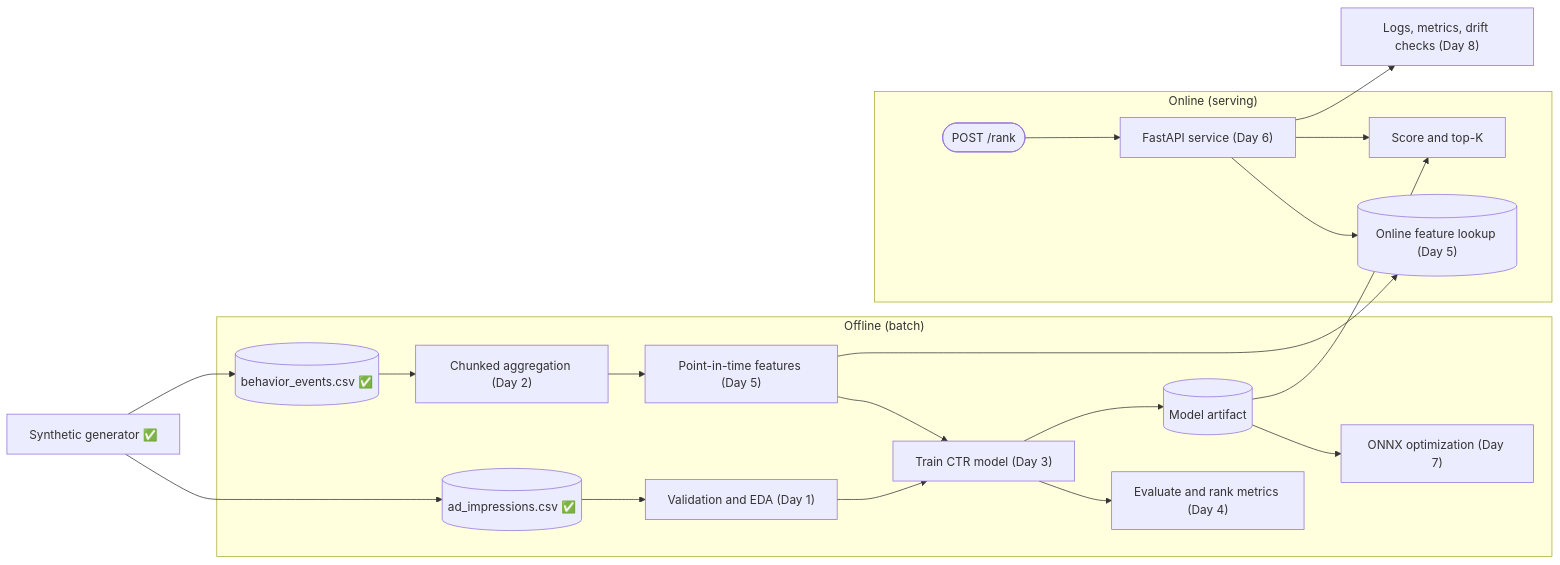
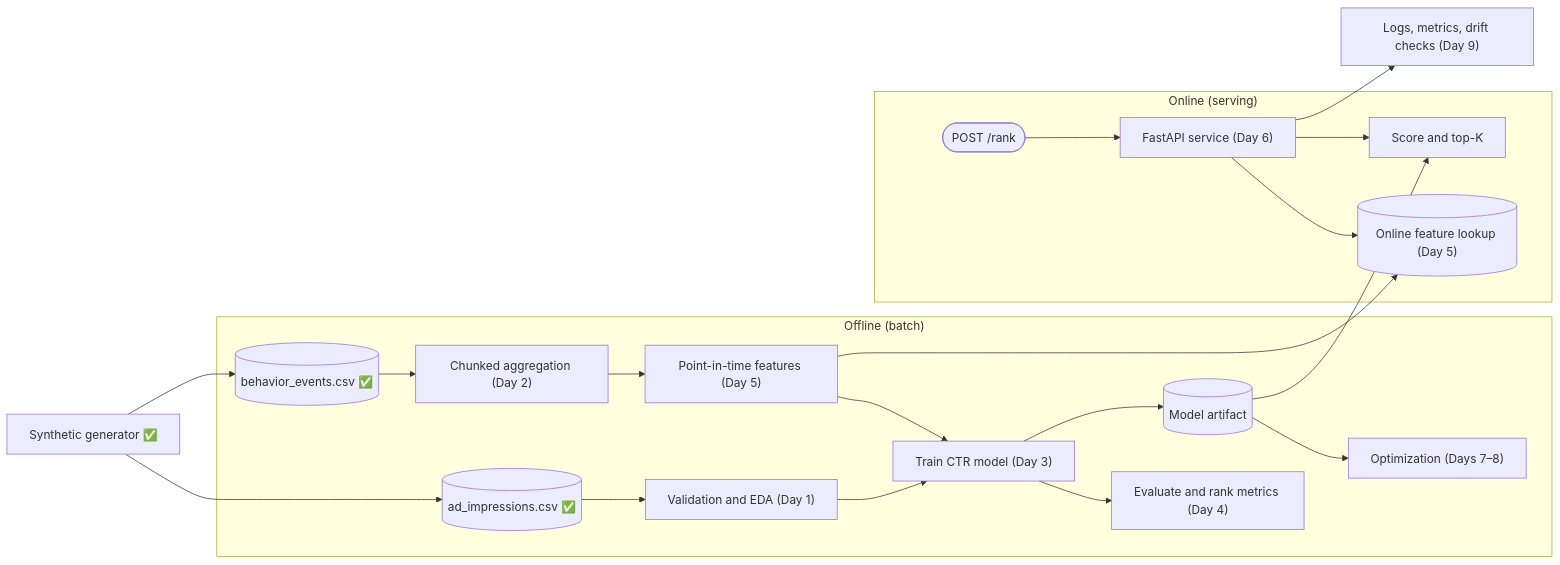
The diagram in README.md (karanveersingh5623/adtech-mlops), drawn with Mermaid before and after one commit. The commit also changed other lines of this file, not shown here.

First line of the commit message:
Update README for revised 10-day roadmap

````diff
--- a/README.md
+++ b/README.md
@@ -84,26 +95,26 @@
 ```mermaid
 flowchart LR
     GEN["Synthetic generator ✅"] --> IMP[("ad_impressions.csv ✅")]
     GEN --> EVT[("behavior_events.csv ✅")]
 
     subgraph Offline["Offline (batch)"]
         IMP --> VAL["Validation and EDA (Day 1)"]
         EVT --> STREAM["Chunked aggregation (Day 2)"]
         STREAM --> FEAT["Point-in-time features (Day 5)"]
         VAL --> TRAIN["Train CTR model (Day 3)"]
         FEAT --> TRAIN
         TRAIN --> EVAL["Evaluate and rank metrics (Day 4)"]
         TRAIN --> ART[("Model artifact")]
-        ART --> OPT["ONNX optimization (Day 7)"]
+        ART --> OPT["Optimization (Days 7–8)"]
     end
 
     subgraph Online["Online (serving)"]
         REQ(["POST /rank"]) --> API["FastAPI service (Day 6)"]
         API --> FS[("Online feature lookup (Day 5)")]
         API --> SCORE["Score and top-K"]
         ART --> SCORE
     end
 
     FEAT --> FS
-    API --> MON["Logs, metrics, drift checks (Day 8)"]
+    API --> MON["Logs, metrics, drift checks (Day 9)"]
 ```
````
